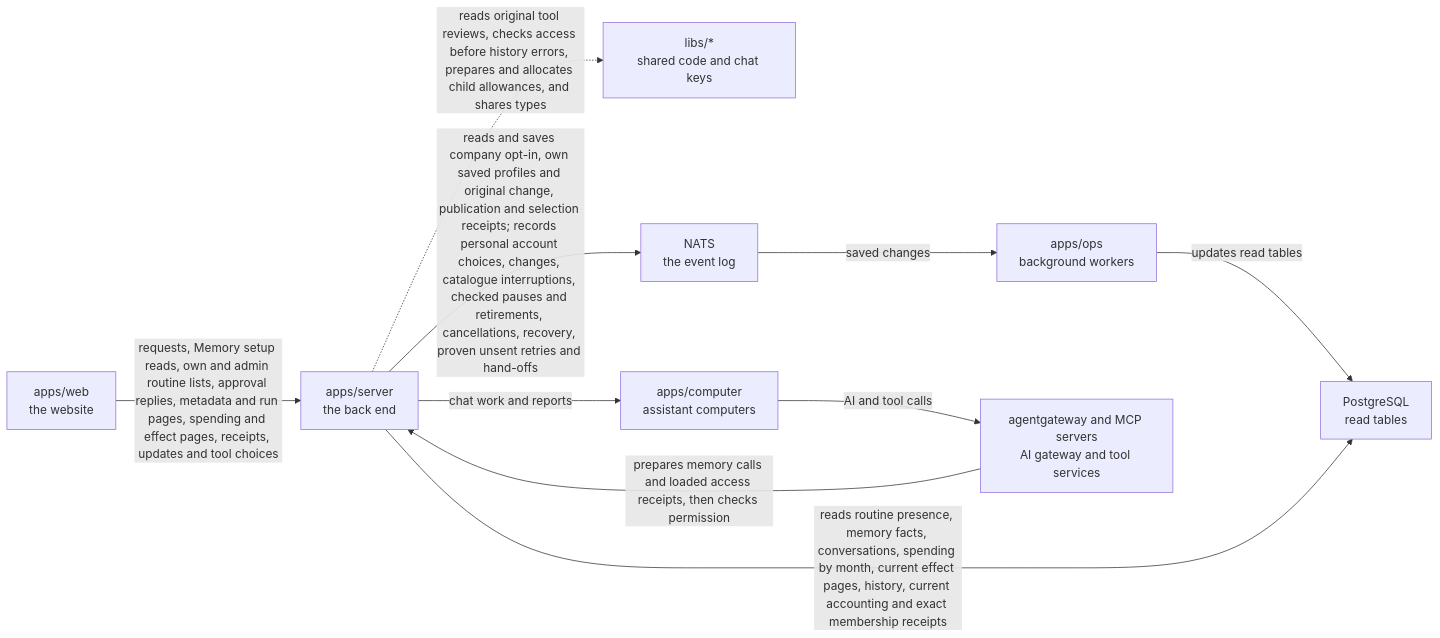
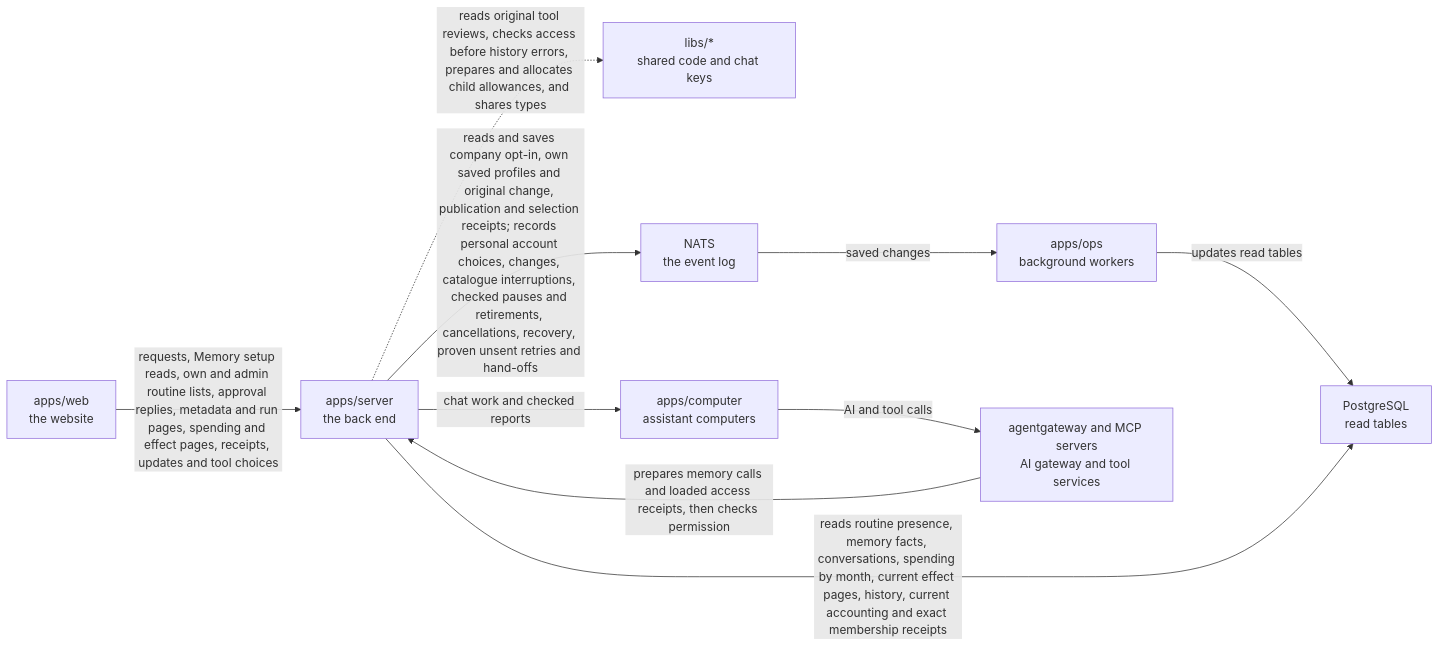
The diagram in apps/server/README.md (elewa-git/opencrane-new), drawn with Mermaid before and after one commit. The commit also changed other lines of this file and 5 other files, not shown here.

Commit message:
🔒 Keep memory-bearing replies out of saved chat reports

````diff
--- a/apps/server/README.md
+++ b/apps/server/README.md
@@ -73,12 +77,12 @@
 ```mermaid
 flowchart LR
   web["apps/web<br/>the website"] -->|requests, Memory setup reads, own and admin routine lists, approval replies, metadata and run pages, spending and effect pages, receipts, updates and tool choices| server["apps/server<br/>the back end"]
   server -.->|reads original tool reviews, checks access before history errors, prepares and allocates child allowances, and shares types| libs["libs/*<br/>shared code and chat keys"]
   server -->|reads and saves company opt-in, own saved profiles and original change, publication and selection receipts; records personal account choices, changes, catalogue interruptions, checked pauses and retirements, cancellations, recovery, proven unsent retries and hand-offs| nats["NATS<br/>the event log"]
   nats -->|saved changes| ops["apps/ops<br/>background workers"]
   ops -->|updates read tables| postgres["PostgreSQL<br/>read tables"]
   server -->|reads routine presence, memory facts, conversations, spending by month, current effect pages, history, current accounting and exact membership receipts| postgres
-  server -->|chat work and reports| computer["apps/computer<br/>assistant computers"]
+  server -->|chat work and checked reports| computer["apps/computer<br/>assistant computers"]
   computer -->|AI and tool calls| runtime["agentgateway and MCP servers<br/>AI gateway and tool services"]
   runtime -->|prepares memory calls and loaded access receipts, then checks permission| server
 ```
````
